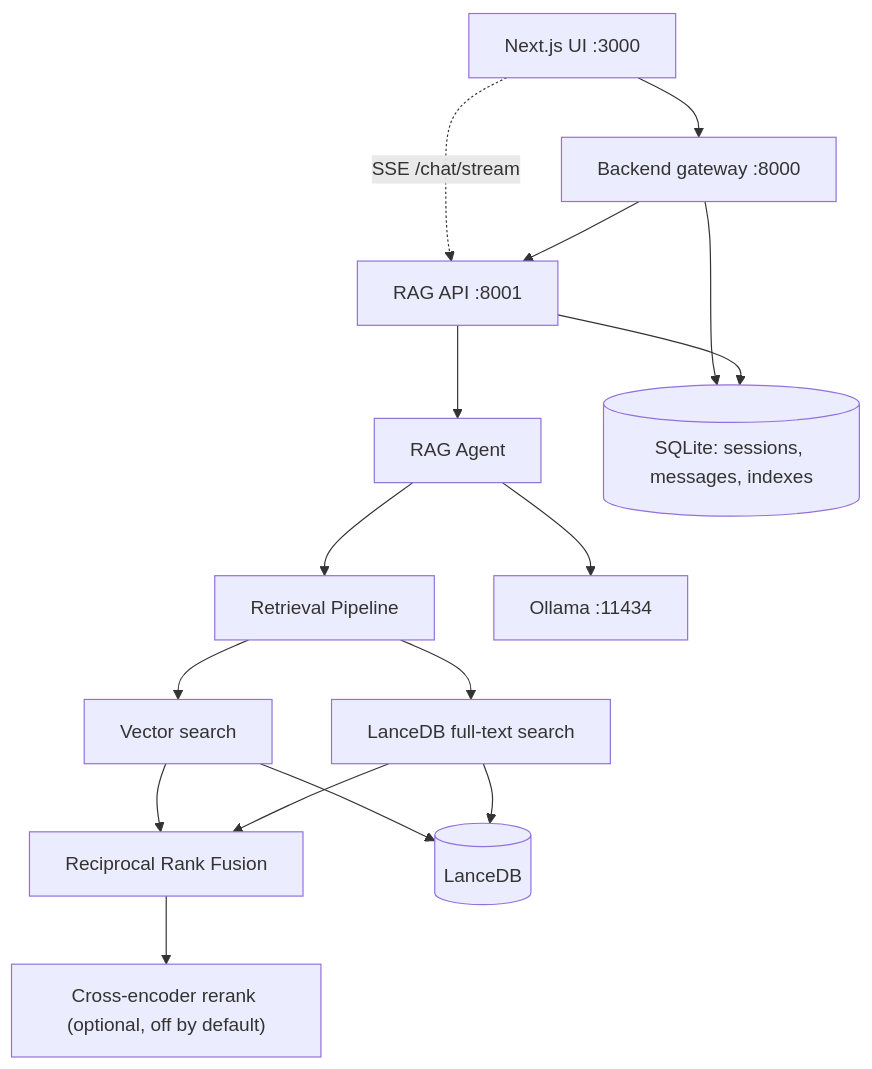
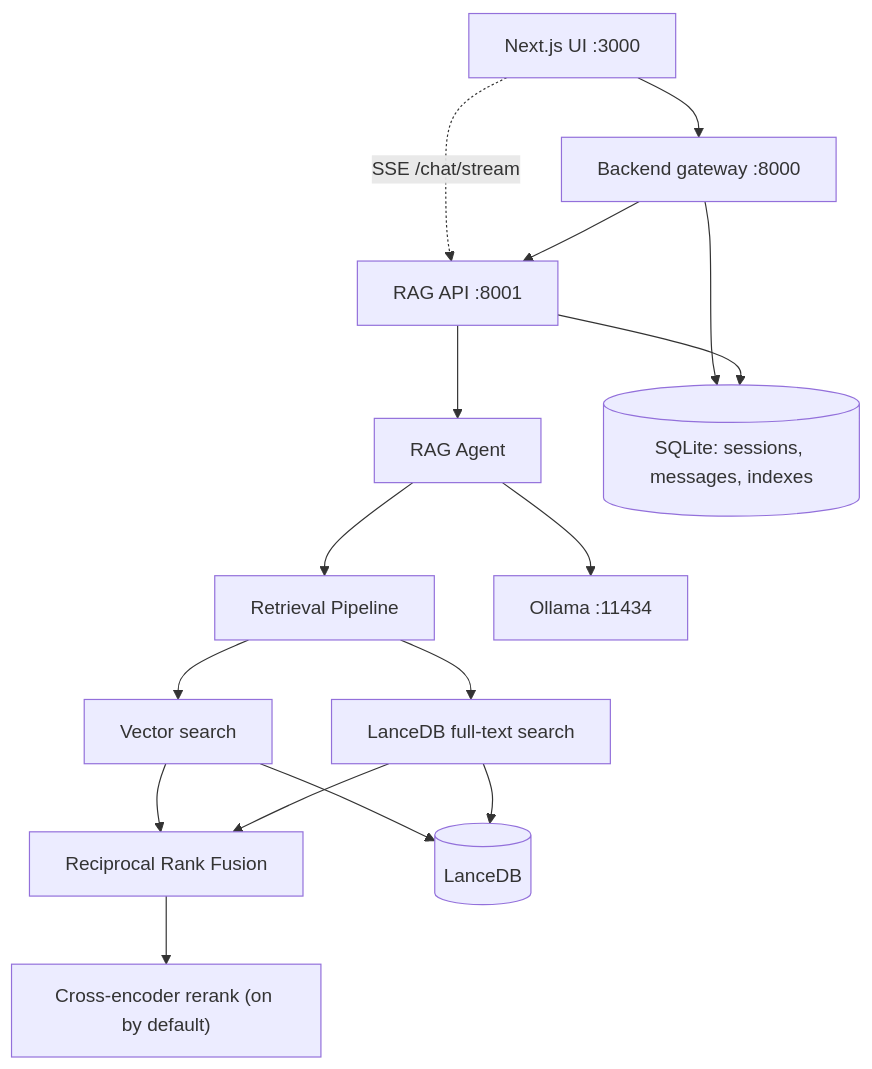
The first of 2 diagrams in README.md (PromtEngineer/localGPT), drawn with Mermaid before and after one commit. The commit also changed other lines of this file and 24 other files, not shown here.

````diff
--- a/README.md
+++ b/README.md
@@ -800,21 +814,21 @@
 ```mermaid
 graph TB
     UI[Next.js UI :3000] --> API[Backend gateway :8000]
     UI -. "SSE /chat/stream" .-> RAGAPI
     API --> RAGAPI[RAG API :8001]
     RAGAPI --> Agent[RAG Agent]
     Agent --> Retrieval[Retrieval Pipeline]
     Agent --> Ollama[Ollama :11434]
 
     Retrieval --> Vector[Vector search]
     Retrieval --> FTS[LanceDB full-text search]
     Vector --> RRF[Reciprocal Rank Fusion]
     FTS --> RRF
-    RRF --> Rerank["Cross-encoder rerank (optional, off by default)"]
+    RRF --> Rerank["Cross-encoder rerank (on by default)"]
 
     Vector --> LanceDB[(LanceDB)]
     FTS --> LanceDB
 
     API --> SQLite[(SQLite: sessions, messages, indexes)]
     RAGAPI --> SQLite
 ```
````
